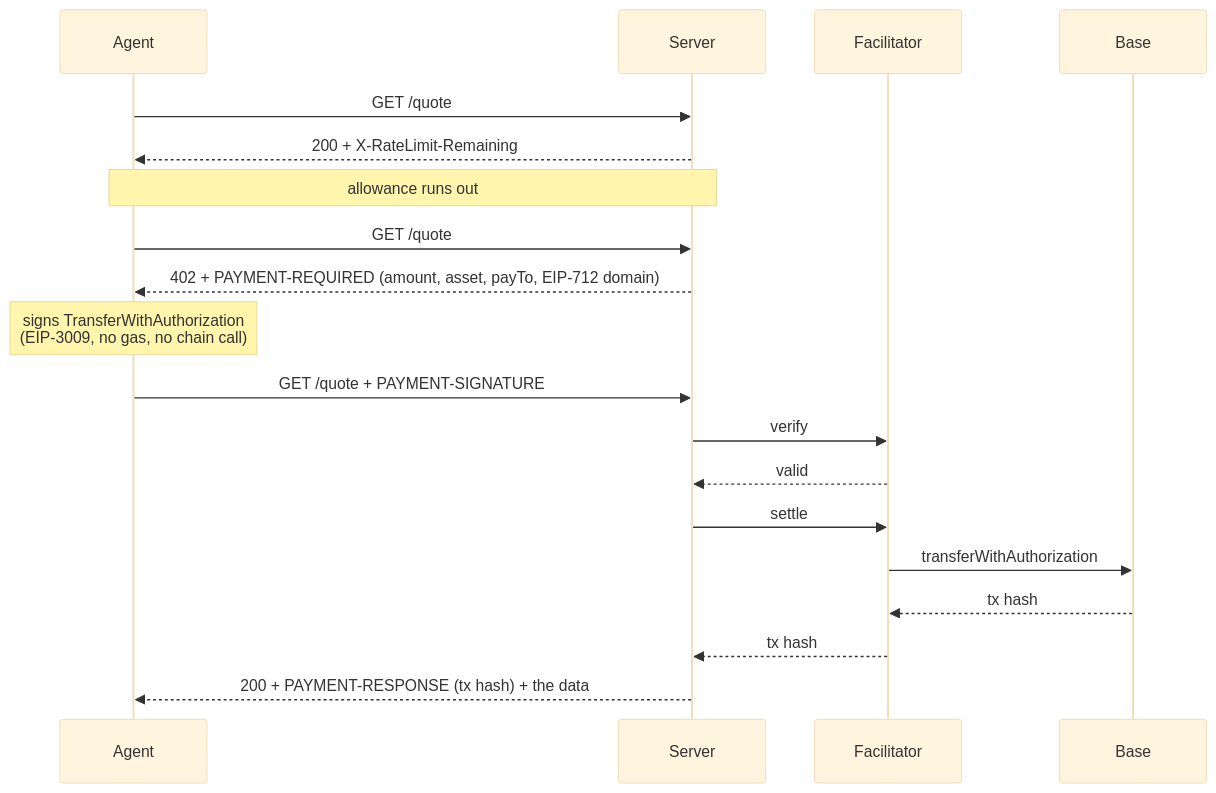
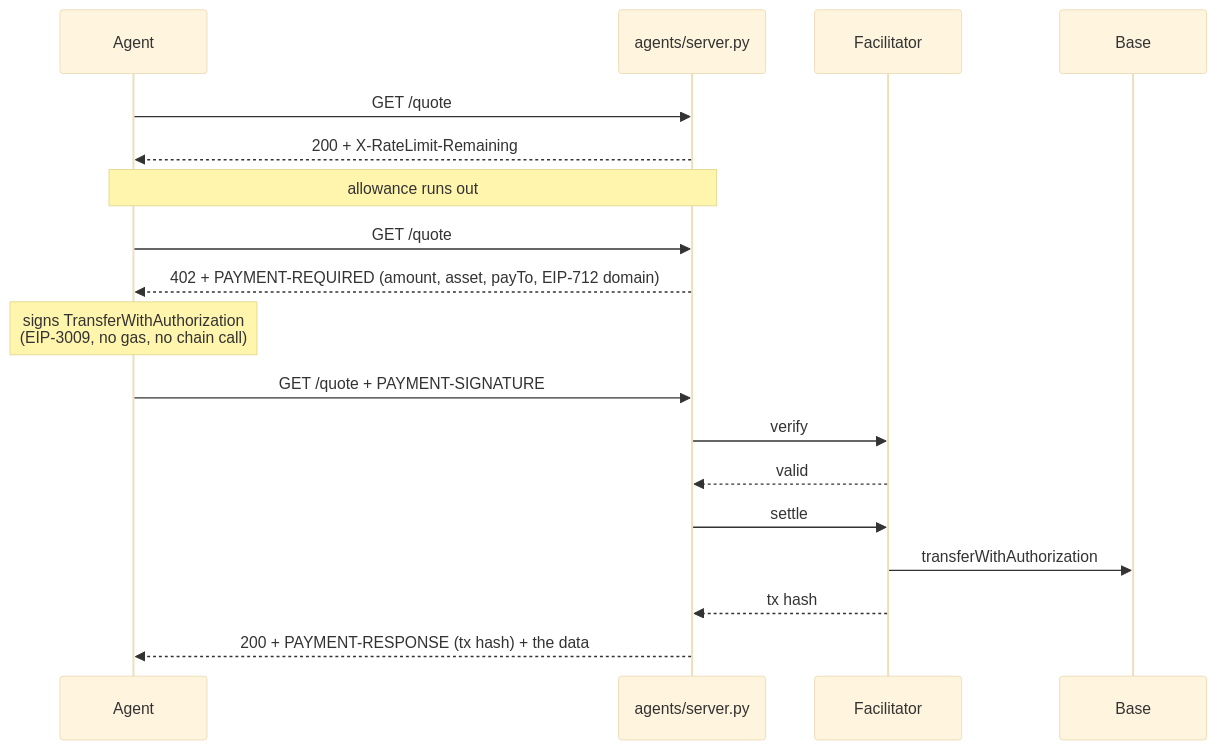
One commit to PaulBurgEth/x402-paid-endpoint changed the first of 2 diagrams in README.md. Above: the diagram before and after it, drawn with Mermaid (base theme). The commit also changed other lines of this file and 9 other files, not shown here.

First line of the commit message:
Both flows on Base: agents over x402, people through a QR checkout

````diff
--- a/README.md
+++ b/README.md
@@ -19,22 +68,20 @@
 ```mermaid
 sequenceDiagram
     participant A as Agent
-    participant S as Server
+    participant S as agents/server.py
     participant F as Facilitator
     participant C as Base
-
     A->>S: GET /quote
     S-->>A: 200 + X-RateLimit-Remaining
     Note over A,S: allowance runs out
     A->>S: GET /quote
     S-->>A: 402 + PAYMENT-REQUIRED (amount, asset, payTo, EIP-712 domain)
     Note over A: signs TransferWithAuthorization<br/>(EIP-3009, no gas, no chain call)
     A->>S: GET /quote + PAYMENT-SIGNATURE
     S->>F: verify
     F-->>S: valid
     S->>F: settle
     F->>C: transferWithAuthorization
-    C-->>F: tx hash
     F-->>S: tx hash
     S-->>A: 200 + PAYMENT-RESPONSE (tx hash) + the data
 ```
````
